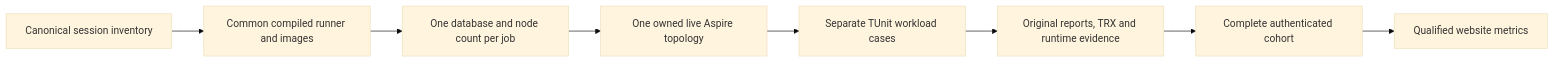
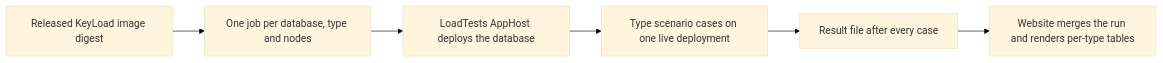
One commit to managedcode/KeyLoad changed diagram 23 of 26 in docs/Architecture.md. Above: the diagram before and after it, drawn with Mermaid (base theme). The commit also changed other lines of this file and 1064 other files, not shown here.

````diff
--- a/docs/Architecture.md
+++ b/docs/Architecture.md
@@ -729,10 +723,8 @@
 ```mermaid
 flowchart LR
-    Plan[Canonical session inventory] --> Prepare[Common compiled runner and images]
-    Prepare --> Worker[One database and node count per job]
-    Worker --> Aspire[One owned live Aspire topology]
-    Aspire --> Tests[Separate TUnit workload cases]
-    Tests --> Originals[Original reports, TRX and runtime evidence]
-    Originals --> Aggregate[Complete authenticated cohort]
-    Aggregate --> Site[Qualified website metrics]
+    Image[Released KeyLoad image digest] --> Job[One job per database, type and nodes]
+    Job --> AppHost[LoadTests AppHost deploys the database]
+    AppHost --> Cases[Type scenario cases on one live deployment]
+    Cases --> File[Result file after every case]
+    File --> Website[Website merges the run and renders per-type tables]
 ```
````
